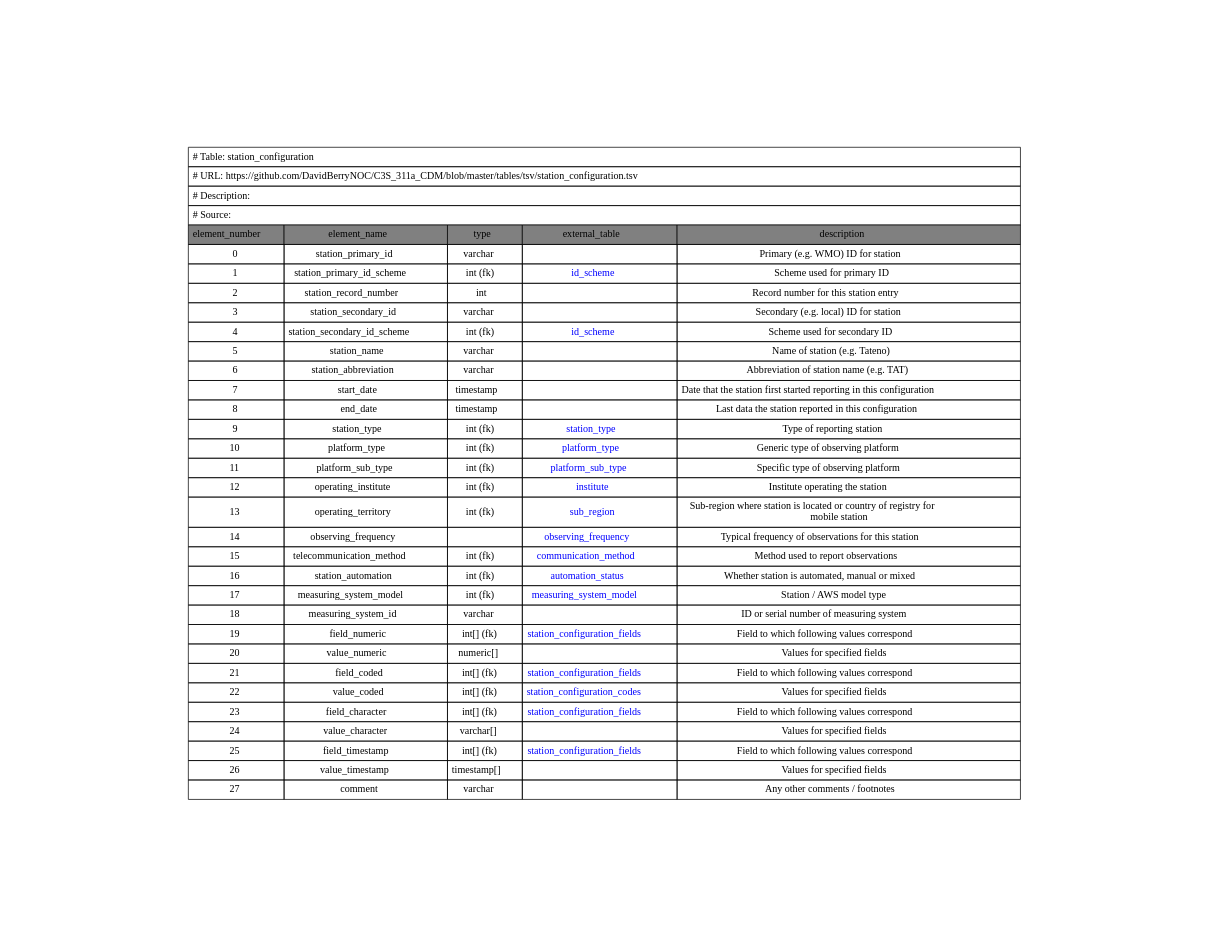
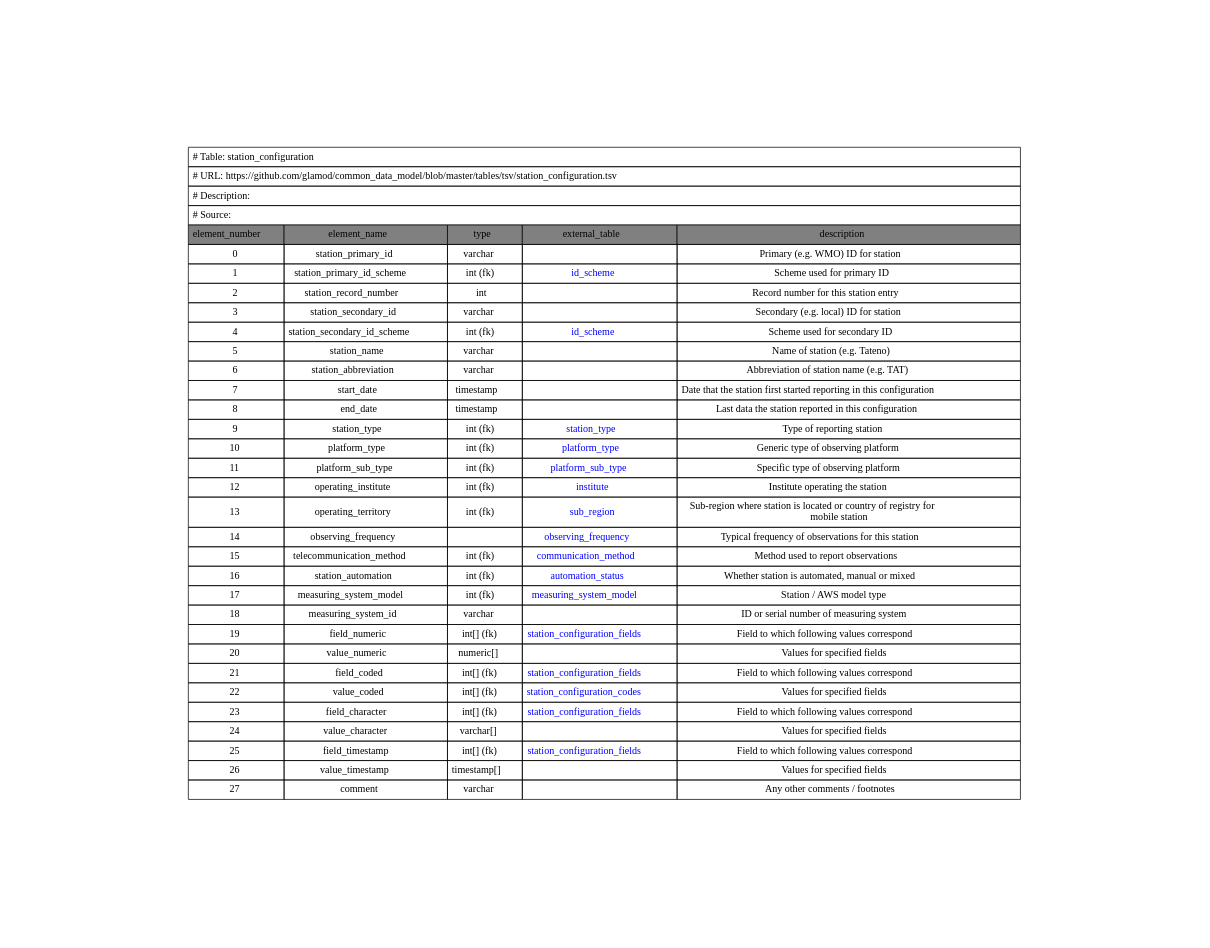
Before and after one commit to glamod/common_data_model: the diagram in graphviz/station_configuration.gv, drawn with Graphviz. The commit also changed 11 other files, not shown here.

Commit message:
Paths updated to GLAMOD in cdm_short

```diff
--- a/graphviz/station_configuration.gv
+++ b/graphviz/station_configuration.gv
@@ -1,38 +1,38 @@
 digraph station_configuration {
 node [color=white]
 station_configuration [label=<<TABLE BORDER="0" CELLBORDER="1" CELLSPACING="0" CELLPADDING="5" COLOR="BLACK">
 <TR><TD COLSPAN="5" ALIGN="left" PORT="head"># Table: station_configuration</TD></TR>
-<TR><TD COLSPAN="5" ALIGN="left"># URL: https://github.com/DavidBerryNOC/C3S_311a_CDM/blob/master/tables/tsv/station_configuration.tsv</TD></TR>
+<TR><TD COLSPAN="5" ALIGN="left"># URL: https://github.com/glamod/common_data_model/blob/master/tables/tsv/station_configuration.tsv</TD></TR>
 <TR><TD ALIGN="left" COLSPAN="5"># Description:</TD></TR>
 <TR><TD ALIGN="left" COLSPAN="5"># Source: </TD></TR>
 <TR><TD BGCOLOR="GRAY">element_number</TD><TD BGCOLOR="GRAY">element_name</TD><TD BGCOLOR="GRAY">type</TD><TD BGCOLOR="GRAY">external_table</TD><TD BGCOLOR="GRAY">description</TD></TR>
 <TR><TD PORT="station_primary_idL">0</TD><TD>station_primary_id </TD><TD>varchar </TD><TD></TD><TD PORT="station_primary_idR">Primary (e.g. WMO) ID for station </TD></TR>
-<TR><TD PORT="station_primary_id_schemeL">1</TD><TD>station_primary_id_scheme </TD><TD>int (fk) </TD><TD HREF="https://github.com/DavidBerryNOC/C3S_311a_CDM/blob/master/tables/tsv/id_scheme.tsv"><FONT color="blue">id_scheme </FONT></TD><TD PORT="station_primary_id_schemeR">Scheme used for primary ID </TD></TR>
+<TR><TD PORT="station_primary_id_schemeL">1</TD><TD>station_primary_id_scheme </TD><TD>int (fk) </TD><TD HREF="https://github.com/glamod/common_data_model/blob/master/tables/tsv/id_scheme.tsv"><FONT color="blue">id_scheme </FONT></TD><TD PORT="station_primary_id_schemeR">Scheme used for primary ID </TD></TR>
 <TR><TD PORT="station_record_numberL">2</TD><TD>station_record_number </TD><TD>int </TD><TD></TD><TD PORT="station_record_numberR">Record number for this station entry </TD></TR>
 <TR><TD PORT="station_secondary_idL">3</TD><TD>station_secondary_id </TD><TD>varchar </TD><TD></TD><TD PORT="station_secondary_idR">Secondary (e.g. local) ID for station </TD></TR>
-<TR><TD PORT="station_secondary_id_schemeL">4</TD><TD>station_secondary_id_scheme </TD><TD>int (fk) </TD><TD HREF="https://github.com/DavidBerryNOC/C3S_311a_CDM/blob/master/tables/tsv/id_scheme.tsv"><FONT color="blue">id_scheme </FONT></TD><TD PORT="station_secondary_id_schemeR">Scheme used for secondary ID </TD></TR>
+<TR><TD PORT="station_secondary_id_schemeL">4</TD><TD>station_secondary_id_scheme </TD><TD>int (fk) </TD><TD HREF="https://github.com/glamod/common_data_model/blob/master/tables/tsv/id_scheme.tsv"><FONT color="blue">id_scheme </FONT></TD><TD PORT="station_secondary_id_schemeR">Scheme used for secondary ID </TD></TR>
 <TR><TD PORT="station_nameL">5</TD><TD>station_name </TD><TD>varchar </TD><TD></TD><TD PORT="station_nameR">Name of station (e.g. Tateno) </TD></TR>
 <TR><TD PORT="station_abbreviationL">6</TD><TD>station_abbreviation </TD><TD>varchar </TD><TD></TD><TD PORT="station_abbreviationR">Abbreviation of station name (e.g. TAT) </TD></TR>
 <TR><TD PORT="start_dateL">7</TD><TD>start_date </TD><TD>timestamp </TD><TD></TD><TD PORT="start_dateR">Date that the station first started reporting in this configuration <BR/></TD></TR>
 <TR><TD PORT="end_dateL">8</TD><TD>end_date </TD><TD>timestamp </TD><TD></TD><TD PORT="end_dateR">Last data the station reported in this configuration </TD></TR>
-<TR><TD PORT="station_typeL">9</TD><TD>station_type </TD><TD>int (fk) </TD><TD HREF="https://github.com/DavidBerryNOC/C3S_311a_CDM/blob/master/tables/tsv/station_type.tsv"><FONT color="blue">station_type </FONT></TD><TD PORT="station_typeR">Type of reporting station </TD></TR>
-<TR><TD PORT="platform_typeL">10</TD><TD>platform_type </TD><TD>int (fk) </TD><TD HREF="https://github.com/DavidBerryNOC/C3S_311a_CDM/blob/master/tables/tsv/platform_type.tsv"><FONT color="blue">platform_type </FONT></TD><TD PORT="platform_typeR">Generic type of observing platform </TD></TR>
-<TR><TD PORT="platform_sub_typeL">11</TD><TD>platform_sub_type </TD><TD>int (fk) </TD><TD HREF="https://github.com/DavidBerryNOC/C3S_311a_CDM/blob/master/tables/tsv/platform_sub_type.tsv"><FONT color="blue">platform_sub_type </FONT></TD><TD PORT="platform_sub_typeR">Specific type of observing platform </TD></TR>
-<TR><TD PORT="operating_instituteL">12</TD><TD>operating_institute </TD><TD>int (fk) </TD><TD HREF="https://github.com/DavidBerryNOC/C3S_311a_CDM/blob/master/tables/tsv/institute.tsv"><FONT color="blue">institute </FONT></TD><TD PORT="operating_instituteR">Institute operating the station </TD></TR>
-<TR><TD PORT="operating_territoryL">13</TD><TD>operating_territory </TD><TD>int (fk) </TD><TD HREF="https://github.com/DavidBerryNOC/C3S_311a_CDM/blob/master/tables/tsv/sub_region.tsv"><FONT color="blue">sub_region </FONT></TD><TD PORT="operating_territoryR">Sub-region where station is located or country of registry for <BR/>mobile station </TD></TR>
-<TR><TD PORT="observing_frequencyL">14</TD><TD>observing_frequency </TD><TD></TD><TD HREF="https://github.com/DavidBerryNOC/C3S_311a_CDM/blob/master/tables/tsv/observing_frequency.tsv"><FONT color="blue">observing_frequency </FONT></TD><TD PORT="observing_frequencyR">Typical frequency of observations for this station </TD></TR>
-<TR><TD PORT="telecommunication_methodL">15</TD><TD>telecommunication_method </TD><TD>int (fk) </TD><TD HREF="https://github.com/DavidBerryNOC/C3S_311a_CDM/blob/master/tables/tsv/communication_method.tsv"><FONT color="blue">communication_method </FONT></TD><TD PORT="telecommunication_methodR">Method used to report observations </TD></TR>
-<TR><TD PORT="station_automationL">16</TD><TD>station_automation </TD><TD>int (fk) </TD><TD HREF="https://github.com/DavidBerryNOC/C3S_311a_CDM/blob/master/tables/tsv/automation_status.tsv"><FONT color="blue">automation_status </FONT></TD><TD PORT="station_automationR">Whether station is automated, manual or mixed </TD></TR>
-<TR><TD PORT="measuring_system_modelL">17</TD><TD>measuring_system_model </TD><TD>int (fk) </TD><TD HREF="https://github.com/DavidBerryNOC/C3S_311a_CDM/blob/master/tables/tsv/measuring_system_model.tsv"><FONT color="blue">measuring_system_model </FONT></TD><TD PORT="measuring_system_modelR">Station / AWS model type </TD></TR>
+<TR><TD PORT="station_typeL">9</TD><TD>station_type </TD><TD>int (fk) </TD><TD HREF="https://github.com/glamod/common_data_model/blob/master/tables/tsv/station_type.tsv"><FONT color="blue">station_type </FONT></TD><TD PORT="station_typeR">Type of reporting station </TD></TR>
+<TR><TD PORT="platform_typeL">10</TD><TD>platform_type </TD><TD>int (fk) </TD><TD HREF="https://github.com/glamod/common_data_model/blob/master/tables/tsv/platform_type.tsv"><FONT color="blue">platform_type </FONT></TD><TD PORT="platform_typeR">Generic type of observing platform </TD></TR>
+<TR><TD PORT="platform_sub_typeL">11</TD><TD>platform_sub_type </TD><TD>int (fk) </TD><TD HREF="https://github.com/glamod/common_data_model/blob/master/tables/tsv/platform_sub_type.tsv"><FONT color="blue">platform_sub_type </FONT></TD><TD PORT="platform_sub_typeR">Specific type of observing platform </TD></TR>
+<TR><TD PORT="operating_instituteL">12</TD><TD>operating_institute </TD><TD>int (fk) </TD><TD HREF="https://github.com/glamod/common_data_model/blob/master/tables/tsv/institute.tsv"><FONT color="blue">institute </FONT></TD><TD PORT="operating_instituteR">Institute operating the station </TD></TR>
+<TR><TD PORT="operating_territoryL">13</TD><TD>operating_territory </TD><TD>int (fk) </TD><TD HREF="https://github.com/glamod/common_data_model/blob/master/tables/tsv/sub_region.tsv"><FONT color="blue">sub_region </FONT></TD><TD PORT="operating_territoryR">Sub-region where station is located or country of registry for <BR/>mobile station </TD></TR>
+<TR><TD PORT="observing_frequencyL">14</TD><TD>observing_frequency </TD><TD></TD><TD HREF="https://github.com/glamod/common_data_model/blob/master/tables/tsv/observing_frequency.tsv"><FONT color="blue">observing_frequency </FONT></TD><TD PORT="observing_frequencyR">Typical frequency of observations for this station </TD></TR>
+<TR><TD PORT="telecommunication_methodL">15</TD><TD>telecommunication_method </TD><TD>int (fk) </TD><TD HREF="https://github.com/glamod/common_data_model/blob/master/tables/tsv/communication_method.tsv"><FONT color="blue">communication_method </FONT></TD><TD PORT="telecommunication_methodR">Method used to report observations </TD></TR>
+<TR><TD PORT="station_automationL">16</TD><TD>station_automation </TD><TD>int (fk) </TD><TD HREF="https://github.com/glamod/common_data_model/blob/master/tables/tsv/automation_status.tsv"><FONT color="blue">automation_status </FONT></TD><TD PORT="station_automationR">Whether station is automated, manual or mixed </TD></TR>
+<TR><TD PORT="measuring_system_modelL">17</TD><TD>measuring_system_model </TD><TD>int (fk) </TD><TD HREF="https://github.com/glamod/common_data_model/blob/master/tables/tsv/measuring_system_model.tsv"><FONT color="blue">measuring_system_model </FONT></TD><TD PORT="measuring_system_modelR">Station / AWS model type </TD></TR>
 <TR><TD PORT="measuring_system_idL">18</TD><TD>measuring_system_id </TD><TD>varchar </TD><TD></TD><TD PORT="measuring_system_idR">ID or serial number of measuring system </TD></TR>
-<TR><TD PORT="field_numericL">19</TD><TD>field_numeric </TD><TD>int[] (fk) </TD><TD HREF="https://github.com/DavidBerryNOC/C3S_311a_CDM/blob/master/tables/tsv/station_configuration_fields.tsv"><FONT color="blue">station_configuration_fields </FONT></TD><TD PORT="field_numericR">Field to which following values correspond </TD></TR>
+<TR><TD PORT="field_numericL">19</TD><TD>field_numeric </TD><TD>int[] (fk) </TD><TD HREF="https://github.com/glamod/common_data_model/blob/master/tables/tsv/station_configuration_fields.tsv"><FONT color="blue">station_configuration_fields </FONT></TD><TD PORT="field_numericR">Field to which following values correspond </TD></TR>
 <TR><TD PORT="value_numericL">20</TD><TD>value_numeric </TD><TD>numeric[] </TD><TD></TD><TD PORT="value_numericR">Values for specified fields </TD></TR>
-<TR><TD PORT="field_codedL">21</TD><TD>field_coded </TD><TD>int[] (fk) </TD><TD HREF="https://github.com/DavidBerryNOC/C3S_311a_CDM/blob/master/tables/tsv/station_configuration_fields.tsv"><FONT color="blue">station_configuration_fields </FONT></TD><TD PORT="field_codedR">Field to which following values correspond </TD></TR>
-<TR><TD PORT="value_codedL">22</TD><TD>value_coded </TD><TD>int[] (fk) </TD><TD HREF="https://github.com/DavidBerryNOC/C3S_311a_CDM/blob/master/tables/tsv/station_configuration_codes.tsv"><FONT color="blue">station_configuration_codes </FONT></TD><TD PORT="value_codedR">Values for specified fields </TD></TR>
-<TR><TD PORT="field_characterL">23</TD><TD>field_character </TD><TD>int[] (fk) </TD><TD HREF="https://github.com/DavidBerryNOC/C3S_311a_CDM/blob/master/tables/tsv/station_configuration_fields.tsv"><FONT color="blue">station_configuration_fields </FONT></TD><TD PORT="field_characterR">Field to which following values correspond </TD></TR>
+<TR><TD PORT="field_codedL">21</TD><TD>field_coded </TD><TD>int[] (fk) </TD><TD HREF="https://github.com/glamod/common_data_model/blob/master/tables/tsv/station_configuration_fields.tsv"><FONT color="blue">station_configuration_fields </FONT></TD><TD PORT="field_codedR">Field to which following values correspond </TD></TR>
+<TR><TD PORT="value_codedL">22</TD><TD>value_coded </TD><TD>int[] (fk) </TD><TD HREF="https://github.com/glamod/common_data_model/blob/master/tables/tsv/station_configuration_codes.tsv"><FONT color="blue">station_configuration_codes </FONT></TD><TD PORT="value_codedR">Values for specified fields </TD></TR>
+<TR><TD PORT="field_characterL">23</TD><TD>field_character </TD><TD>int[] (fk) </TD><TD HREF="https://github.com/glamod/common_data_model/blob/master/tables/tsv/station_configuration_fields.tsv"><FONT color="blue">station_configuration_fields </FONT></TD><TD PORT="field_characterR">Field to which following values correspond </TD></TR>
 <TR><TD PORT="value_characterL">24</TD><TD>value_character </TD><TD>varchar[] </TD><TD></TD><TD PORT="value_characterR">Values for specified fields </TD></TR>
-<TR><TD PORT="field_timestampL">25</TD><TD>field_timestamp </TD><TD>int[] (fk) </TD><TD HREF="https://github.com/DavidBerryNOC/C3S_311a_CDM/blob/master/tables/tsv/station_configuration_fields.tsv"><FONT color="blue">station_configuration_fields </FONT></TD><TD PORT="field_timestampR">Field to which following values correspond </TD></TR>
+<TR><TD PORT="field_timestampL">25</TD><TD>field_timestamp </TD><TD>int[] (fk) </TD><TD HREF="https://github.com/glamod/common_data_model/blob/master/tables/tsv/station_configuration_fields.tsv"><FONT color="blue">station_configuration_fields </FONT></TD><TD PORT="field_timestampR">Field to which following values correspond </TD></TR>
 <TR><TD PORT="value_timestampL">26</TD><TD>value_timestamp </TD><TD>timestamp[] </TD><TD></TD><TD PORT="value_timestampR">Values for specified fields </TD></TR>
 <TR><TD PORT="commentL">27</TD><TD>comment </TD><TD>varchar </TD><TD></TD><TD PORT="commentR">Any other comments / footnotes </TD></TR>
 </TABLE>>];
 }
```
